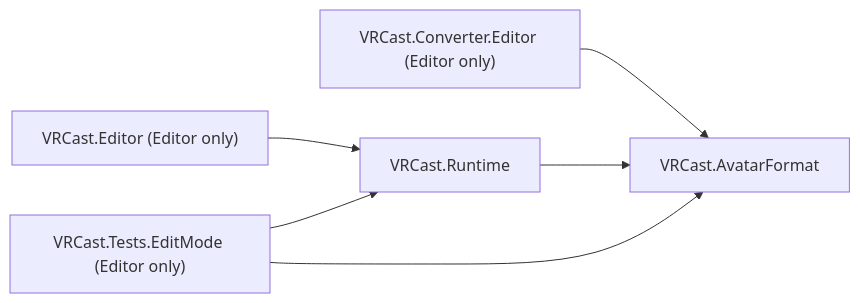
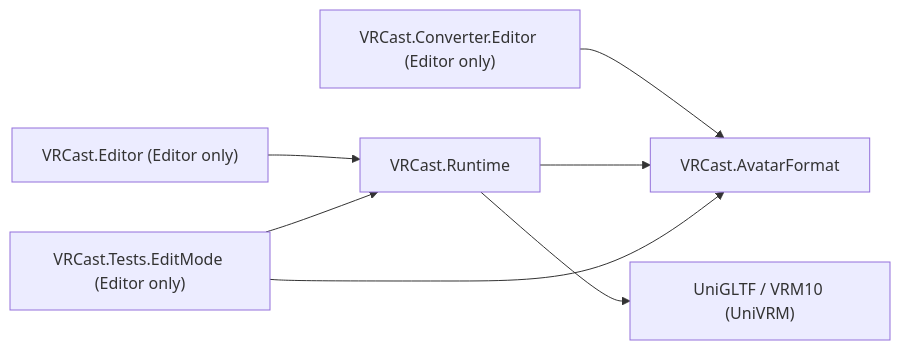
Before and after one commit to coffin299/VRCast: the second of 2 diagrams in docs/architecture.md, drawn with Mermaid. The commit also changed other lines of this file and 24 other files, not shown here.

````diff
--- a/docs/architecture.md
+++ b/docs/architecture.md
@@ -37,8 +39,9 @@
 ```mermaid
 flowchart LR
   converterEditor["VRCast.Converter.Editor (Editor only)"] --> format["VRCast.AvatarFormat"]
   runtime["VRCast.Runtime"] --> format
+  runtime --> univrm["UniGLTF / VRM10 (UniVRM)"]
   editor["VRCast.Editor (Editor only)"] --> runtime
   tests["VRCast.Tests.EditMode (Editor only)"] --> runtime
   tests --> format
 ```
````
